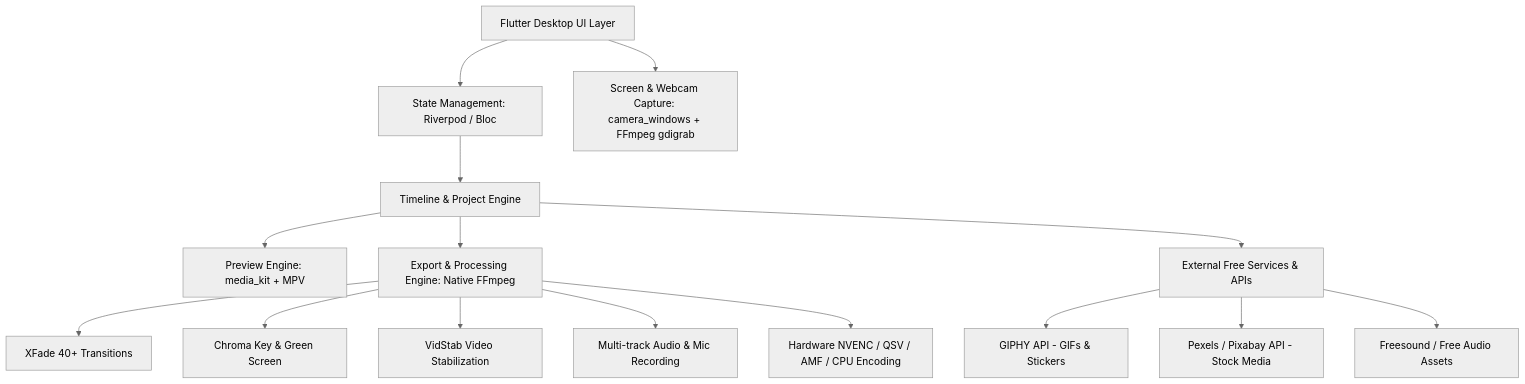
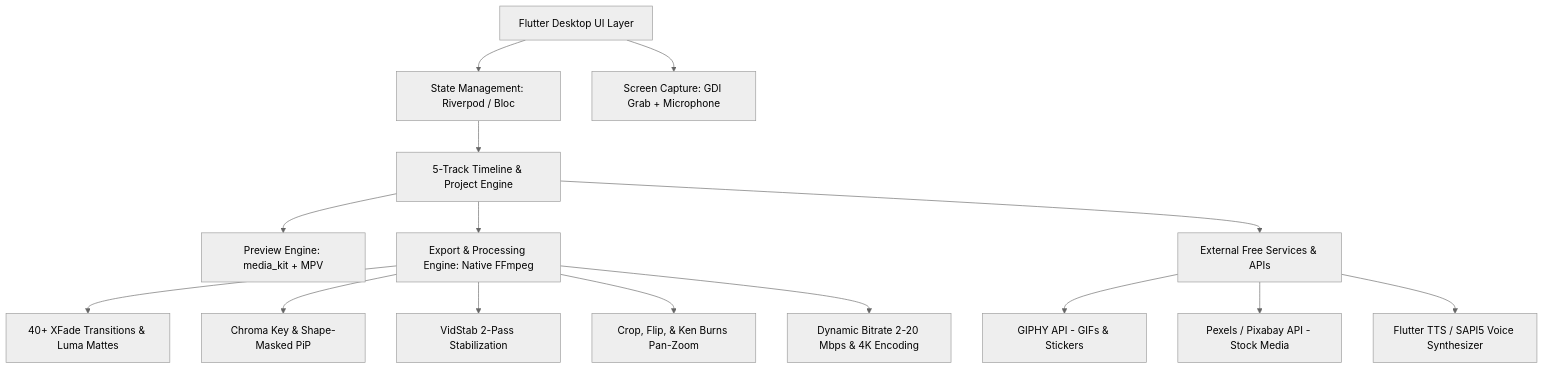
One commit to Abhishek-Maheshwari-778/zvideoeditor changed the diagram in prompt.md. Above: the diagram before and after it, drawn with Mermaid (neutral theme). The commit also changed other lines of this file and 11 other files, not shown here.

Commit message:
Update v2.0: 5-track multitrack timeline, Save Video resolution & bitrate modal, TTS studio, Crop, Motion Ken Burns, and format converters

````diff
--- a/prompt.md
+++ b/prompt.md
@@ -78,20 +75,20 @@
 ```mermaid
 graph TD
     A[Flutter Desktop UI Layer] --> B[State Management: Riverpod / Bloc]
-    B --> C[Timeline & Project Engine]
+    B --> C[5-Track Timeline & Project Engine]
     C --> D[Preview Engine: media_kit + MPV]
     C --> E[Export & Processing Engine: Native FFmpeg]
     C --> F[External Free Services & APIs]
     
     F --> F1[GIPHY API - GIFs & Stickers]
     F --> F2[Pexels / Pixabay API - Stock Media]
-    F --> F3[Freesound / Free Audio Assets]
+    F --> F3[Flutter TTS / SAPI5 Voice Synthesizer]
     
-    E --> E1[XFade 40+ Transitions]
-    E --> E2[Chroma Key & Green Screen]
-    E --> E3[VidStab Video Stabilization]
-    E --> E4[Multi-track Audio & Mic Recording]
-    E --> E5[Hardware NVENC / QSV / AMF / CPU Encoding]
+    E --> E1[40+ XFade Transitions & Luma Mattes]
+    E --> E2[Chroma Key & Shape-Masked PiP]
+    E --> E3[VidStab 2-Pass Stabilization]
+    E --> E4[Crop, Flip, & Ken Burns Pan-Zoom]
+    E --> E5[Dynamic Bitrate 2-20 Mbps & 4K Encoding]
     
-    A --> G[Screen & Webcam Capture: camera_windows + FFmpeg gdigrab]
+    A --> G[Screen Capture: GDI Grab + Microphone]
 ```
````
